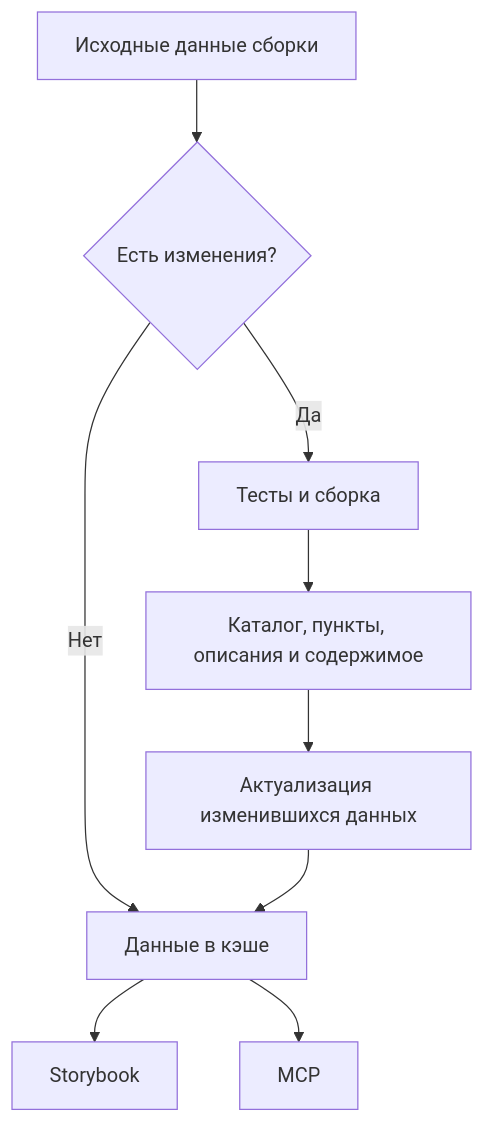
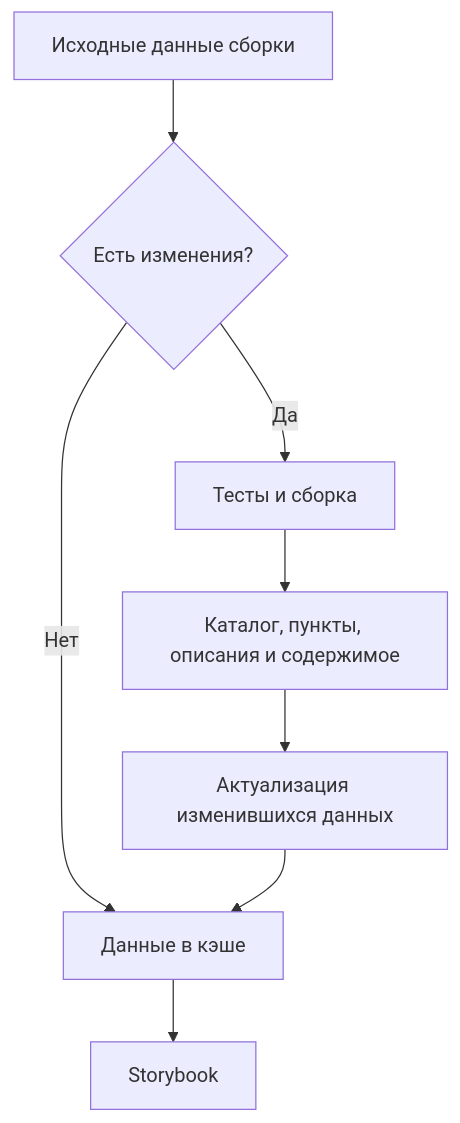
One commit to zavx0z/storybook changed the diagram in app/scenarios/notes/build-cache.md. Above: the diagram before and after it, drawn with Mermaid. The commit also changed other lines of this file and 28 other files, not shown here.

````diff
--- a/app/scenarios/notes/build-cache.md
+++ b/app/scenarios/notes/build-cache.md
@@ -11,11 +13,10 @@
 ```mermaid
 flowchart TD
   inputs["Исходные данные сборки"] --> changed{"Есть изменения?"}
   changed -->|Нет| cache["Данные в кэше"]
   changed -->|Да| build["Тесты и сборка"]
   build --> collected["Каталог, пункты, описания и содержимое"]
   collected --> update["Актуализация изменившихся данных"]
   update --> cache
   cache --> ui["Storybook"]
-  cache --> mcp["MCP"]
 ```
````
